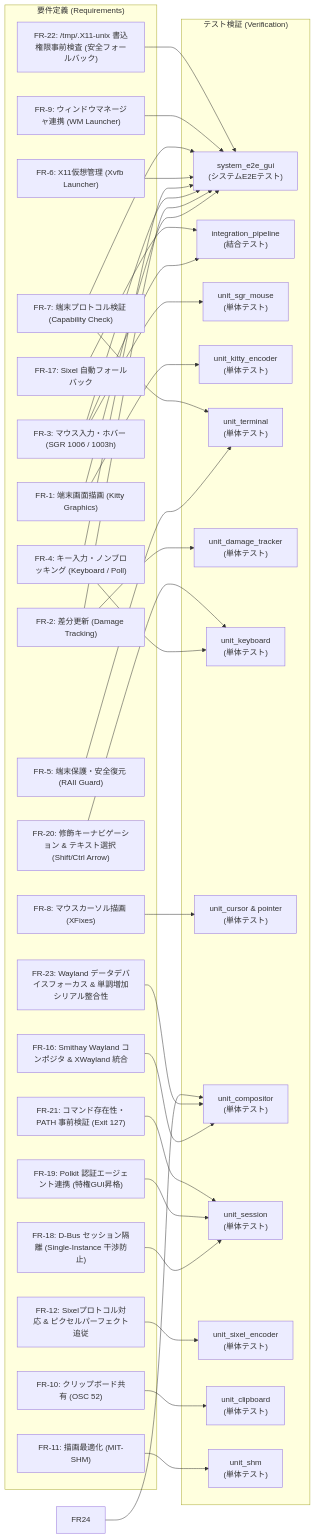
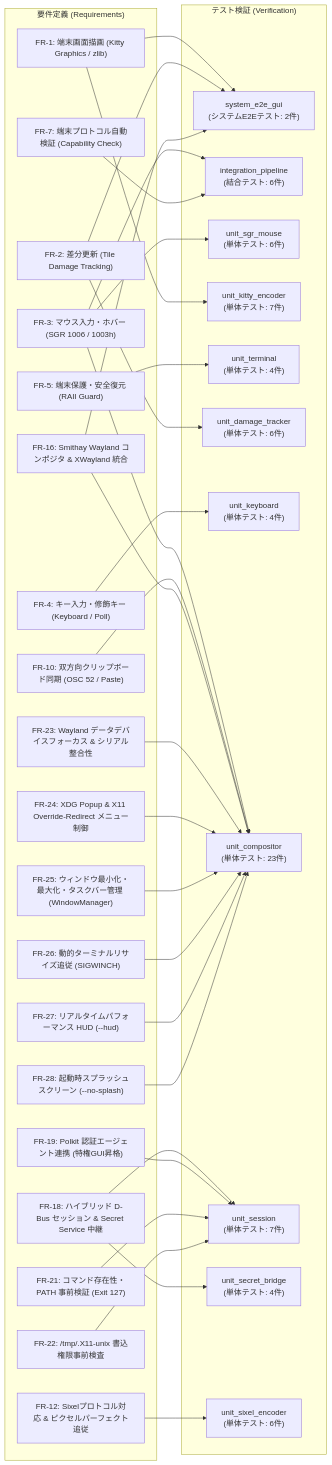
The diagram in docs/SPECIFICATION.md (totatake/termway), drawn with Mermaid before and after one commit. The commit also changed other lines of this file and 4 other files, not shown here.

Commit message:
docs: add static and dynamic architecture diagrams and update specification for v0.6.0

````diff
--- a/docs/SPECIFICATION.md
+++ b/docs/SPECIFICATION.md
@@ -9,69 +9,64 @@
 ```mermaid
 flowchart LR
     subgraph Requirements["要件定義 (Requirements)"]
-        FR1["FR-1: 端末画面描画 (Kitty Graphics)"]
-        FR2["FR-2: 差分更新 (Damage Tracking)"]
+        FR1["FR-1: 端末画面描画 (Kitty Graphics / zlib)"]
+        FR2["FR-2: 差分更新 (Tile Damage Tracking)"]
         FR3["FR-3: マウス入力・ホバー (SGR 1006 / 1003h)"]
-        FR4["FR-4: キー入力・ノンブロッキング (Keyboard / Poll)"]
+        FR4["FR-4: キー入力・修飾キー (Keyboard / Poll)"]
         FR5["FR-5: 端末保護・安全復元 (RAII Guard)"]
-        FR6["FR-6: X11仮想管理 (Xvfb Launcher)"]
-        FR7["FR-7: 端末プロトコル検証 (Capability Check)"]
-        FR8["FR-8: マウスカーソル描画 (XFixes)"]
-        FR9["FR-9: ウィンドウマネージャ連携 (WM Launcher)"]
-        FR10["FR-10: クリップボード共有 (OSC 52)"]
-        FR11["FR-11: 描画最適化 (MIT-SHM)"]
+        FR7["FR-7: 端末プロトコル自動検証 (Capability Check)"]
+        FR10["FR-10: 双方向クリップボード同期 (OSC 52 / Paste)"]
         FR12["FR-12: Sixelプロトコル対応 & ピクセルパーフェクト追従"]
         FR16["FR-16: Smithay Wayland コンポジタ & XWayland 統合"]
-        FR17["FR-17: Sixel 自動フォールバック"]
-        FR18["FR-18: D-Bus セッション隔離 (Single-Instance 干渉防止)"]
+        FR18["FR-18: ハイブリッド D-Bus セッション & Secret Service 中継"]
         FR19["FR-19: Polkit 認証エージェント連携 (特権GUI昇格)"]
-        FR20["FR-20: 修飾キーナビゲーション & テキスト選択 (Shift/Ctrl Arrow)"]
         FR21["FR-21: コマンド存在性・PATH 事前検証 (Exit 127)"]
-        FR22["FR-22: /tmp/.X11-unix 書込権限事前検査 (安全フォールバック)"]
-        FR23["FR-23: Wayland データデバイスフォーカス & 単調増加シリアル整合性"]
+        FR22["FR-22: /tmp/.X11-unix 書込権限事前検査"]
+        FR23["FR-23: Wayland データデバイスフォーカス & シリアル整合性"]
+        FR24["FR-24: XDG Popup & X11 Override-Redirect メニュー制御"]
+        FR25["FR-25: ウィンドウ最小化・最大化・タスクバー管理 (WindowManager)"]
+        FR26["FR-26: 動的ターミナルリサイズ追従 (SIGWINCH)"]
+        FR27["FR-27: リアルタイムパフォーマンス HUD (--hud)"]
+        FR28["FR-28: 起動時スプラッシュスクリーン (--no-splash)"]
     end
 
     subgraph Verification["テスト検証 (Verification)"]
-        T_Sys["system_e2e_gui<br/>(システムE2Eテスト)"]
-        T_Integ["integration_pipeline<br/>(結合テスト)"]
-        T_Mouse["unit_sgr_mouse<br/>(単体テスト)"]
-        T_Kitty["unit_kitty_encoder<br/>(単体テスト)"]
-        T_Term["unit_terminal<br/>(単体テスト)"]
-        T_Damage["unit_damage_tracker<br/>(単体テスト)"]
-        T_Key["unit_keyboard<br/>(単体テスト)"]
-        T_Cursor["unit_cursor & pointer<br/>(単体テスト)"]
-        T_Comp["unit_compositor<br/>(単体テスト)"]
-        T_Sess["unit_session<br/>(単体テスト)"]
-        T_Sixel["unit_sixel_encoder<br/>(単体テスト)"]
-        T_Clip["unit_clipboard<br/>(単体テスト)"]
-        T_Shm["unit_shm<br/>(単体テスト)"]
+        T_Sys["system_e2e_gui<br/>(システムE2Eテスト: 2件)"]
+        T_Integ["integration_pipeline<br/>(結合テスト: 6件)"]
+        T_Mouse["unit_sgr_mouse<br/>(単体テスト: 6件)"]
+        T_Kitty["unit_kitty_encoder<br/>(単体テスト: 7件)"]
+        T_Term["unit_terminal<br/>(単体テスト: 4件)"]
+        T_Damage["unit_damage_tracker<br/>(単体テスト: 6件)"]
+        T_Key["unit_keyboard<br/>(単体テスト: 4件)"]
+        T_Comp["unit_compositor<br/>(単体テスト: 23件)"]
+        T_Sess["unit_session<br/>(単体テスト: 7件)"]
+        T_Secret["unit_secret_bridge<br/>(単体テスト: 4件)"]
+        T_Sixel["unit_sixel_encoder<br/>(単体テスト: 6件)"]
     end
 
     FR1 --> T_Kitty
     FR1 --> T_Sys
     FR2 --> T_Damage
     FR2 --> T_Sys
     FR3 --> T_Mouse
     FR3 --> T_Integ
-    FR3 --> T_Sys
+    FR3 --> T_Comp
     FR4 --> T_Key
-    FR4 --> T_Sys
     FR5 --> T_Term
-    FR6 --> T_Sys
-    FR7 --> T_Term
-    FR7 --> T_Sys
-    FR8 --> T_Cursor
-    FR9 --> T_Sys
-    FR10 --> T_Clip
-    FR11 --> T_Shm
+    FR7 --> T_Integ
+    FR10 --> T_Comp
     FR12 --> T_Sixel
     FR16 --> T_Comp
-    FR17 --> T_Integ
+    FR16 --> T_Sys
     FR18 --> T_Sess
+    FR18 --> T_Secret
     FR19 --> T_Sess
-    FR20 --> T_Key
     FR21 --> T_Sess
-    FR22 --> T_Sys
+    FR22 --> T_Sess
     FR23 --> T_Comp
     FR24 --> T_Comp
+    FR25 --> T_Comp
+    FR26 --> T_Comp
+    FR27 --> T_Comp
+    FR28 --> T_Comp
 ```
````
